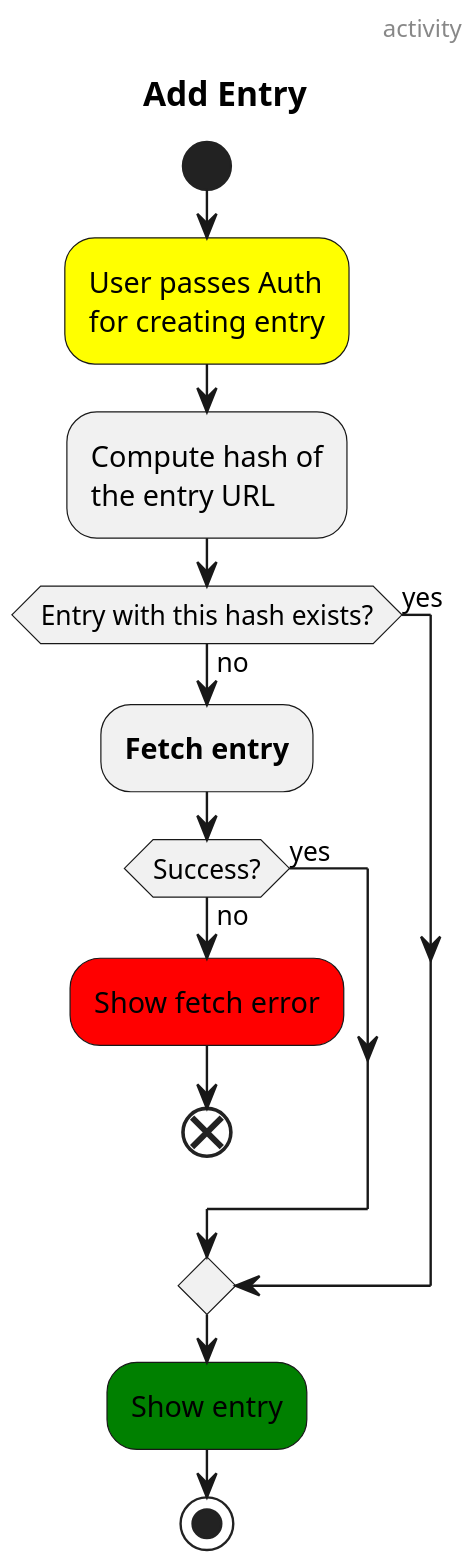
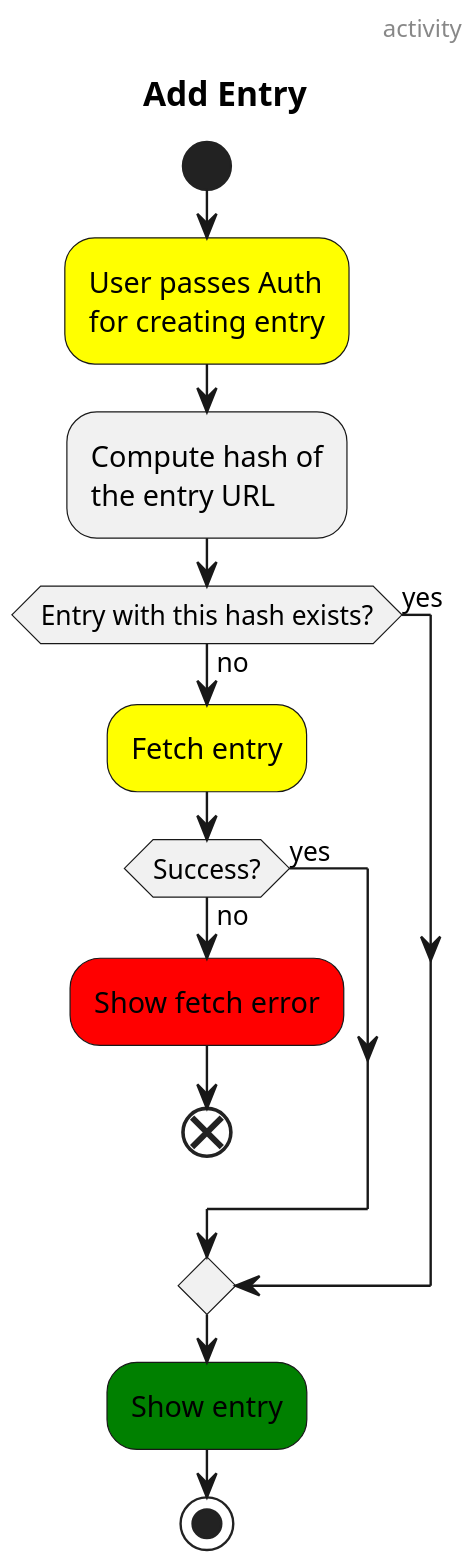
One commit to xomiachuna/wallabago changed the diagram in docs/diagrams/add-entry.activity.puml. Above: the diagram before and after it, drawn with PlantUML. The commit also changed 9 other files, not shown here.

Commit message:
ci: Add diagrams build

```diff
--- a/docs/diagrams/add-entry.activity.puml
+++ b/docs/diagrams/add-entry.activity.puml
@@ -1,21 +1,21 @@
 @startuml add-entry
 skinparam dpi 200
 header activity
 title Add Entry
 
 start
 [[auth.activity.svg]]#yellow:User passes Auth\nfor creating entry;
 :Compute hash of
 the entry URL;
 if (Entry with this hash exists?) then (yes)
 else (no)
-    :**Fetch entry**;
+    [[fetch-entry.activity.svg]]#yellow:Fetch entry;
     if (Success?) then (yes)
     else (no)
         #red:Show fetch error;
         end
     endif
 endif
 #green:Show entry;
 stop
 @enduml
```
